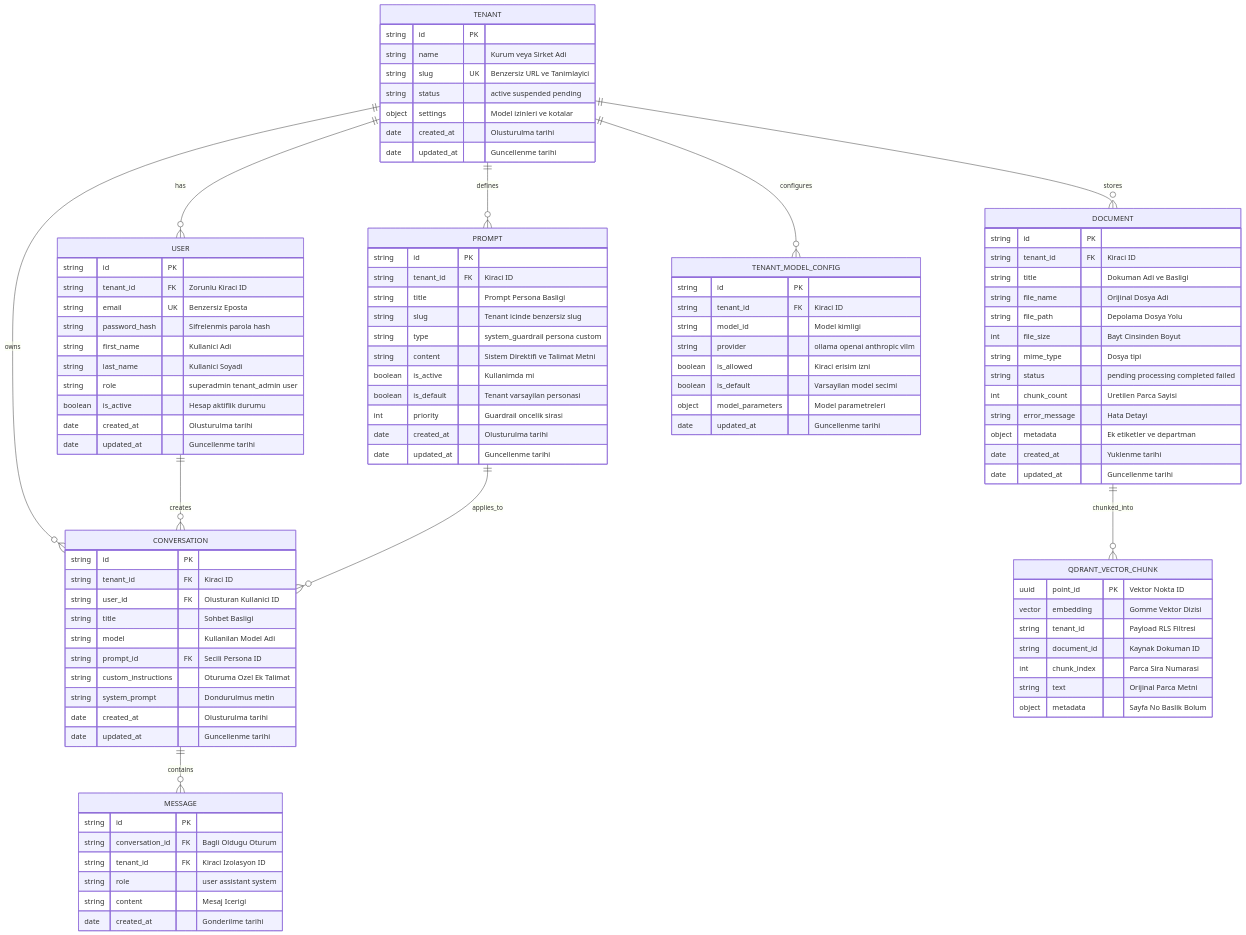
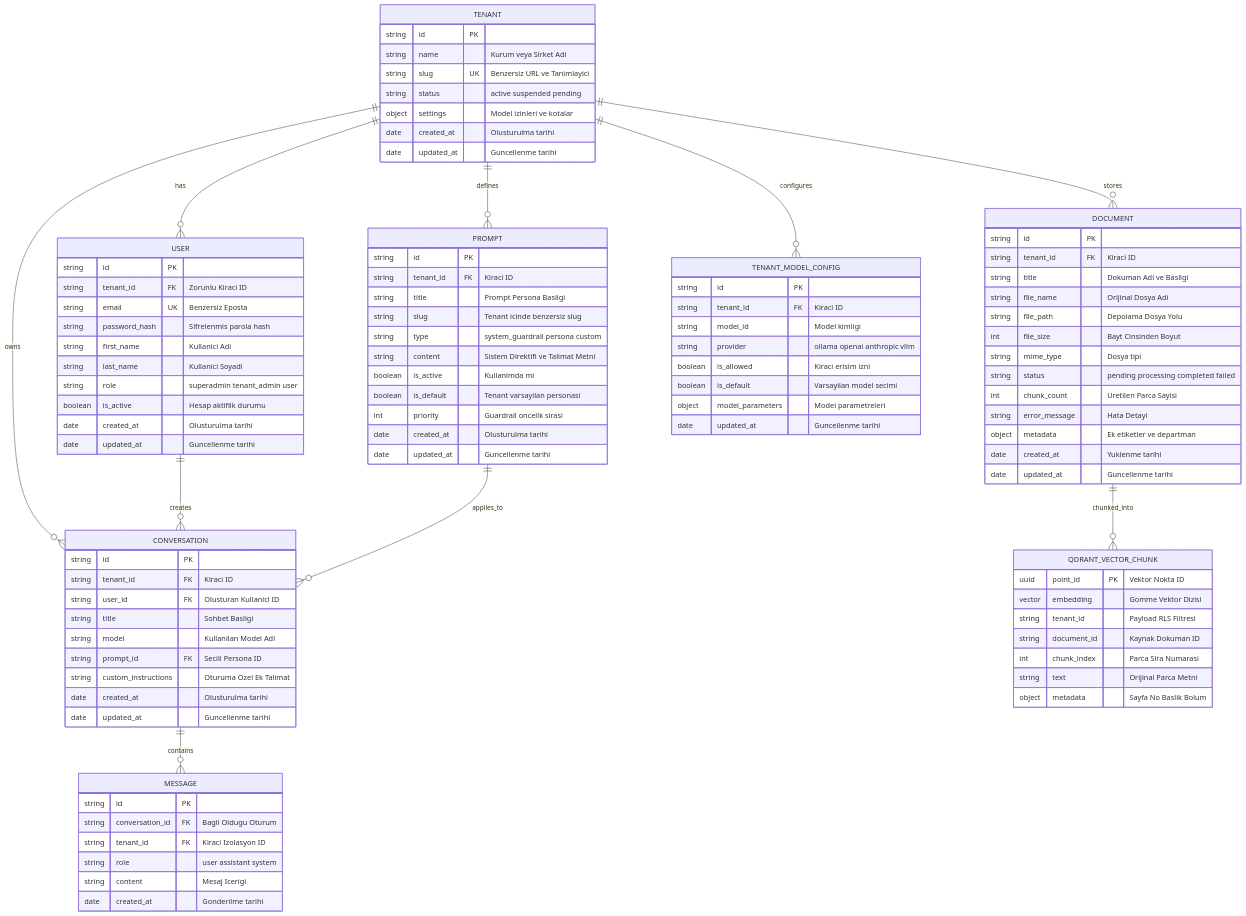
Before and after one commit to aemreceylan/localAIApp: the first of 5 diagrams in documents/common/data_and_business_workflows.md, drawn with Mermaid. The commit also changed other lines of this file and 7 other files, not shown here.

```diff
--- a/documents/common/data_and_business_workflows.md
+++ b/documents/common/data_and_business_workflows.md
@@ -94,7 +94,6 @@
         string model "Kullanilan Model Adi"
         string prompt_id FK "Secili Persona ID"
         string custom_instructions "Oturuma Ozel Ek Talimat"
-        string system_prompt "Dondurulmus metin"
         date created_at "Olusturulma tarihi"
         date updated_at "Guncellenme tarihi"
     }
```
